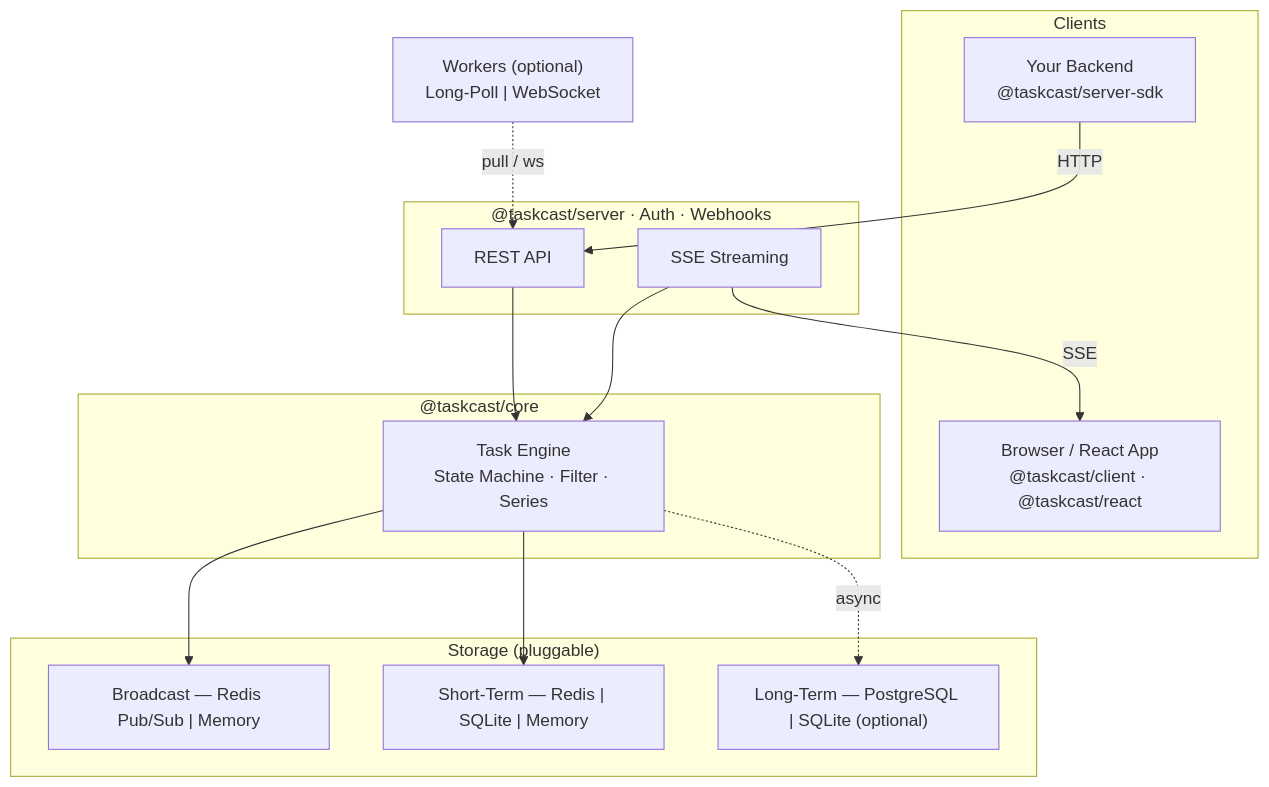
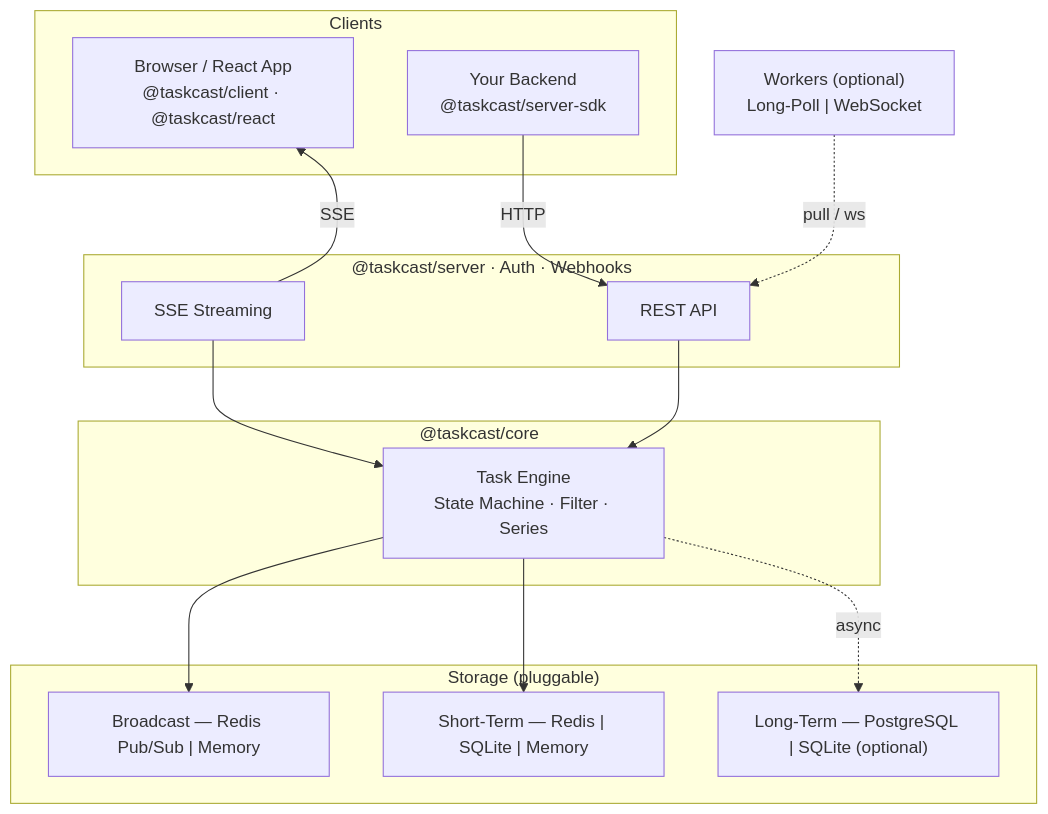
One commit to weightwave/taskcast changed the first of 2 diagrams in README.md. Above: the diagram before and after it, drawn with Mermaid.

Commit message:
fix: preserve layout hierarchy with invisible link for SSE arrow
Add invisible link (~~~) to maintain Browser above SSE in the layout
while keeping the correct server-to-client arrow direction.

````diff
--- a/README.md
+++ b/README.md
@@ -38,33 +38,34 @@
 ```mermaid
 graph TB
     subgraph Clients
         Browser["Browser / React App<br/>@taskcast/client · @taskcast/react"]
         Backend["Your Backend<br/>@taskcast/server-sdk"]
     end
 
     Workers["Workers (optional)<br/>Long-Poll | WebSocket"]
 
     subgraph Server["@taskcast/server · Auth · Webhooks"]
         REST["REST API"]
         SSE["SSE Streaming"]
     end
 
     subgraph Core["@taskcast/core"]
         Engine["Task Engine<br/>State Machine · Filter · Series"]
     end
 
     subgraph Storage["Storage (pluggable)"]
         Broadcast["Broadcast — Redis Pub/Sub | Memory"]
         ShortTerm["Short-Term — Redis | SQLite | Memory"]
         LongTerm["Long-Term — PostgreSQL | SQLite (optional)"]
     end
 
+    Browser ~~~ SSE
     SSE -->|SSE| Browser
     Backend -->|HTTP| REST
     Workers -.->|pull / ws| REST
     REST --> Engine
     SSE --> Engine
     Engine --> Broadcast
     Engine --> ShortTerm
     Engine -.->|async| LongTerm
 ```
````
